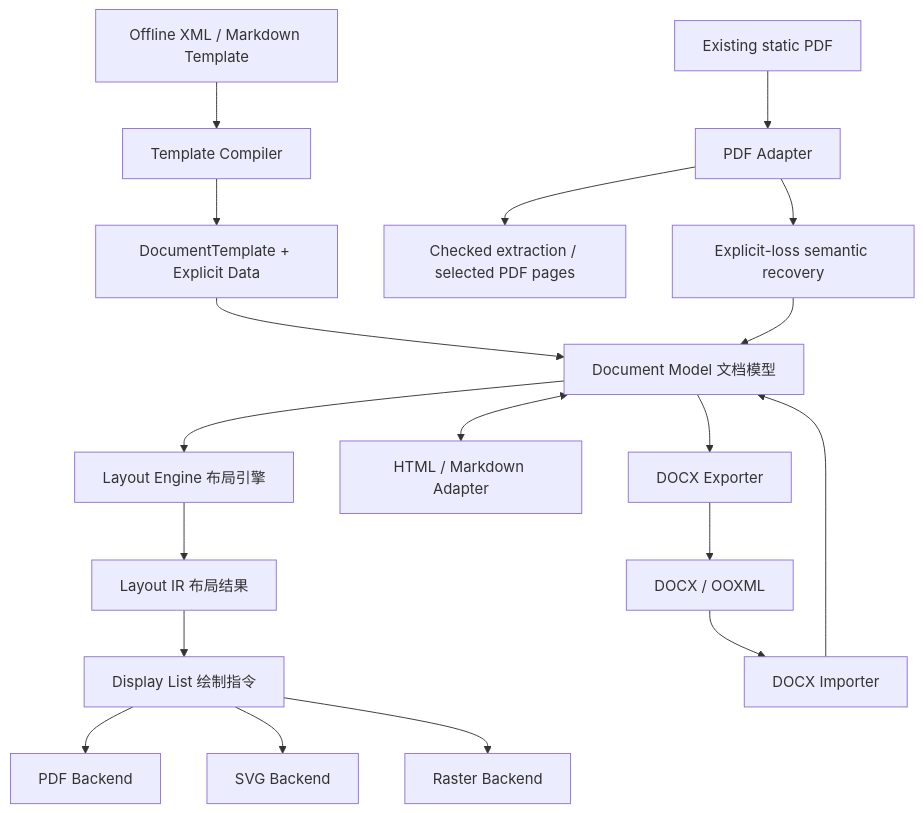
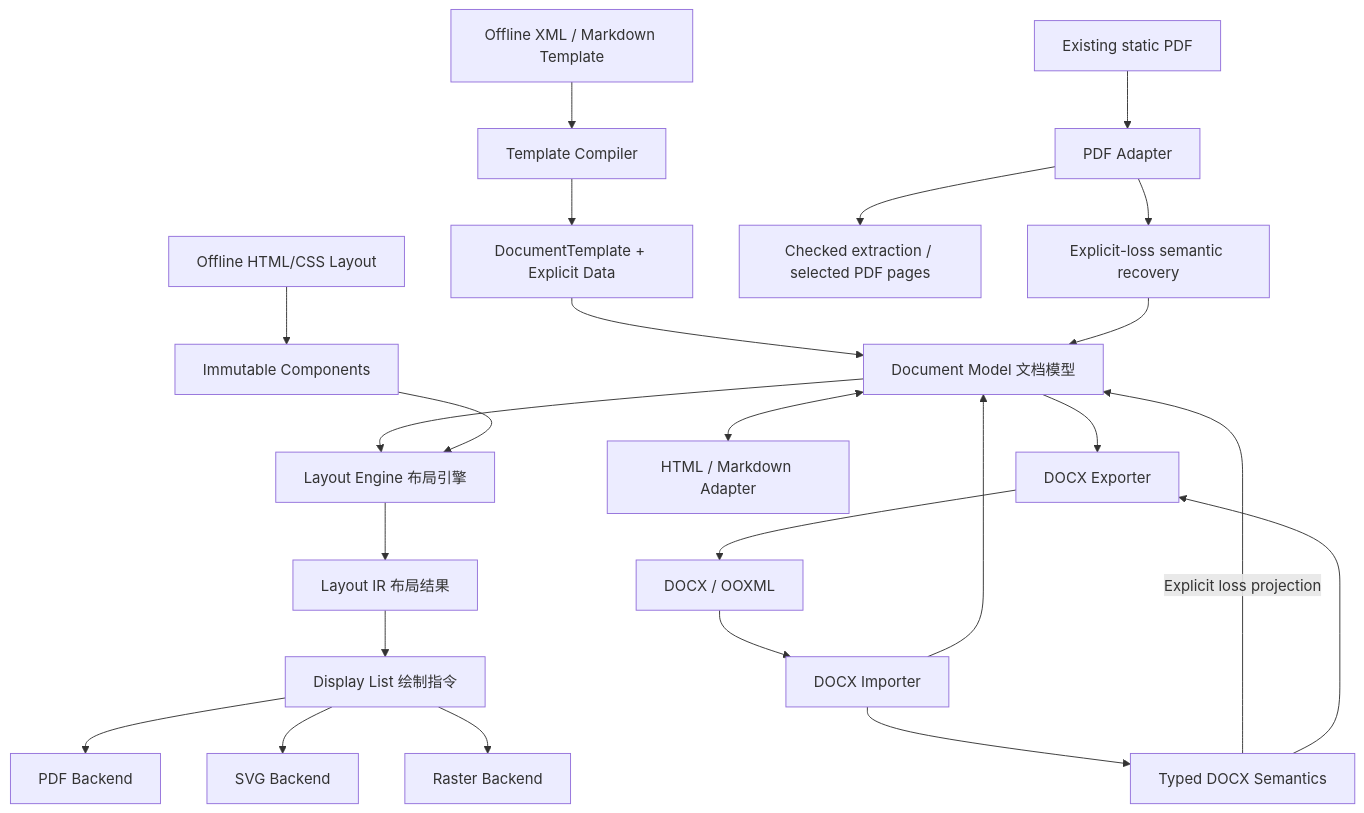
The diagram in docs/architecture.md (mirakyux/export4j), drawn with Mermaid before and after one commit. The commit also changed other lines of this file and 86 other files, not shown here.

First line of the commit message:
feat: add native DOCX editing, CSS layout and publication checks

```diff
--- a/docs/architecture.md
+++ b/docs/architecture.md
@@ -7,21 +7,26 @@
 ~~~mermaid
 flowchart TD
     M[Document Model 文档模型] --> L[Layout Engine 布局引擎]
     L --> IR[Layout IR 布局结果]
     IR --> DL[Display List 绘制指令]
     DL --> PDF[PDF Backend]
     DL --> SVG[SVG Backend]
     DL --> R[Raster Backend]
     DOCX[DOCX / OOXML] --> I[DOCX Importer]
     I --> M
+    I --> DS[Typed DOCX Semantics]
+    DS -->|Explicit loss projection| M
     M <--> Web[HTML / Markdown Adapter]
     M --> E[DOCX Exporter]
+    DS --> E
     E --> DOCX
     XML[Offline XML / Markdown Template] --> T[Template Compiler]
     T --> B[DocumentTemplate + Explicit Data]
     B --> M
+    CSS[Offline HTML/CSS Layout] --> C[Immutable Components]
+    C --> L
     Existing[Existing static PDF] --> PA[PDF Adapter]
     PA --> Combined[Checked extraction / selected PDF pages]
     PA --> Recovery[Explicit-loss semantic recovery]
     Recovery --> M
 ~~~
```
